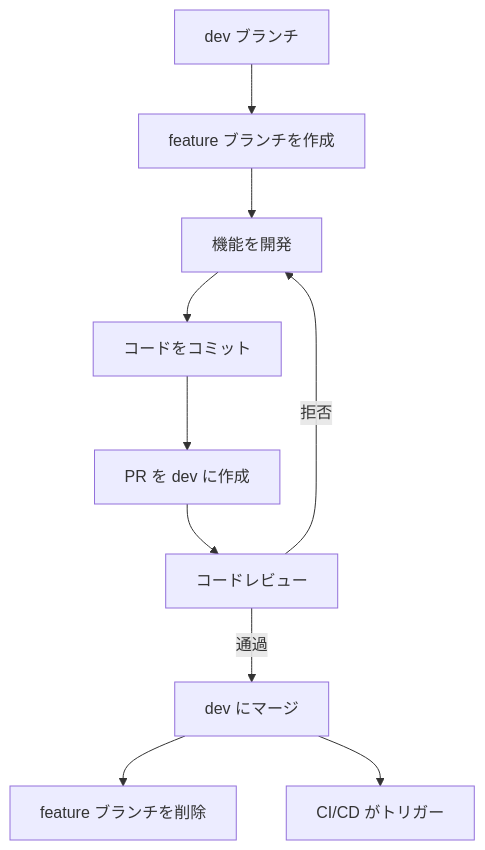
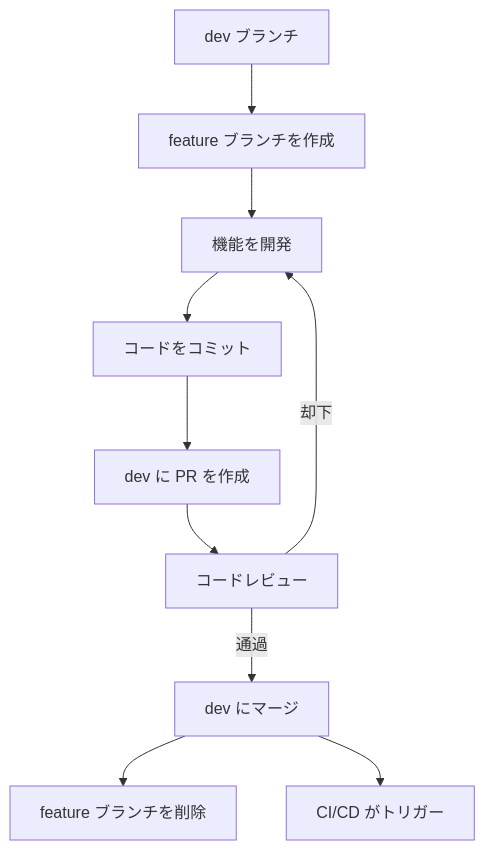
One commit to ChenXu233/YaoXiang changed the first of 3 diagrams in docs/src/ja/dev/branch-maintenance-guide.md. Above: the diagram before and after it, drawn with Mermaid. The commit also changed other lines of this file and 236 other files, not shown here.

````diff
--- a/docs/src/ja/dev/branch-maintenance-guide.md
+++ b/docs/src/ja/dev/branch-maintenance-guide.md
@@ -152,12 +154,12 @@
 ```mermaid
 graph TD
     A[dev ブランチ] --> B[feature ブランチを作成]
     B --> C[機能を開発]
     C --> D[コードをコミット]
-    D --> E[PR を dev に作成]
+    D --> E[dev に PR を作成]
     E --> F[コードレビュー]
     F -->|通過| G[dev にマージ]
-    F -->|拒否| C
+    F -->|却下| C
     G --> H[feature ブランチを削除]
     G --> I[CI/CD がトリガー]
 ```
````
